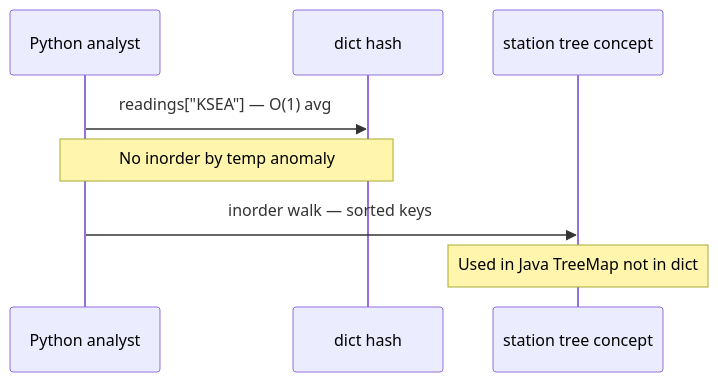
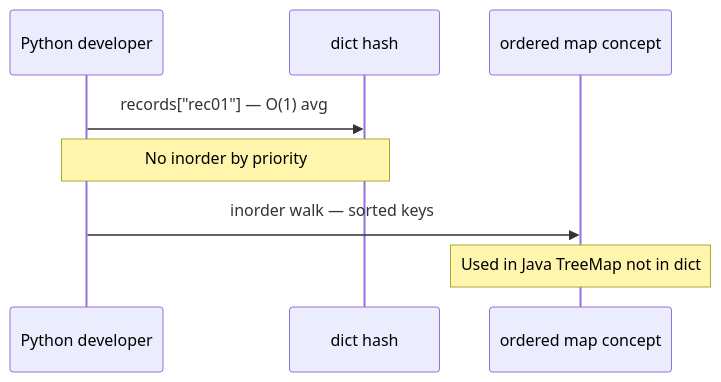
Before and after one commit to qgjones9/python-programming-guide: the second of 5 diagrams in docs/dsa/data-structures/red-black-tree/index.md, drawn with Mermaid. The commit also changed other lines of this file and 31 other files, not shown here.

````diff
--- a/docs/dsa/data-structures/red-black-tree/index.md
+++ b/docs/dsa/data-structures/red-black-tree/index.md
@@ -76,10 +76,10 @@
 ```mermaid
 sequenceDiagram
-  participant Py as Python analyst
-  participant D as dict hash
-  participant station as station tree concept
-  Py->>D: readings["KSEA"] — O(1) avg
-  Note over Py,D: No inorder by temp anomaly
-  Py->>station: inorder walk — sorted keys
-  Note over station: Used in Java TreeMap not in dict
+ participant Py as Python developer
+ participant D as dict hash
+ participant RB as ordered map concept
+ Py->>D: records["rec01"] — O(1) avg
+ Note over Py,D: No inorder by priority
+ Py->>RB: inorder walk — sorted keys
+ Note over RB: Used in Java TreeMap not in dict
 ```
````
